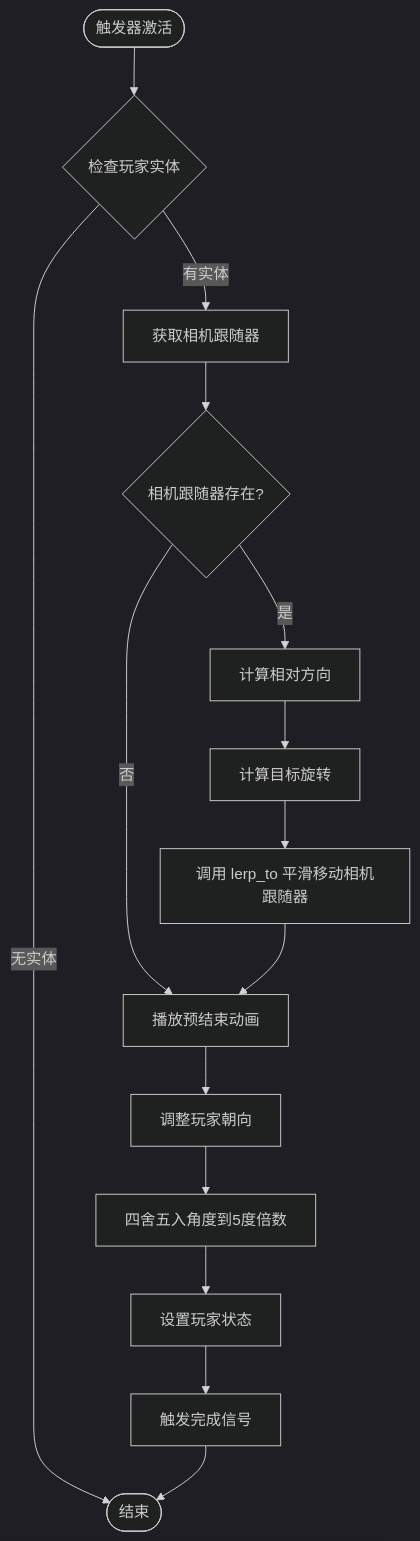
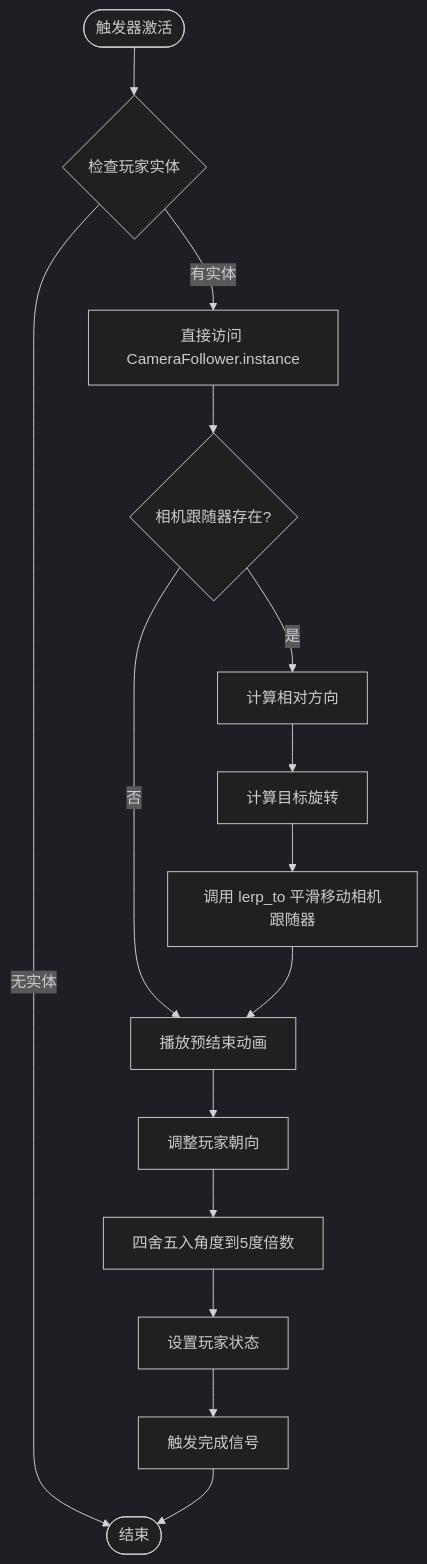
The fourth of 6 diagrams in .qoder/repowiki/zh/content/游戏系统/触发器系统/预结束触发器.md (godotline/godot-line), drawn with Mermaid (dark theme) before and after one commit. The commit also changed other lines of this file and 13 other files, not shown here.

````diff
--- a/.qoder/repowiki/zh/content/游戏系统/触发器系统/预结束触发器.md
+++ b/.qoder/repowiki/zh/content/游戏系统/触发器系统/预结束触发器.md
@@ -217,17 +199,17 @@
 ```mermaid
 flowchart TD
 Start([触发器激活]) --> CheckBody{检查玩家实体}
 CheckBody --> |无实体| End([结束])
-CheckBody --> |有实体| GetCamera["获取相机跟随器"]
+CheckBody --> |有实体| GetCamera["直接访问 CameraFollower.instance"]
 GetCamera --> HasCamera{相机跟随器存在?}
 HasCamera --> |否| PlayAnim["播放预结束动画"]
 HasCamera --> |是| CalcDirection["计算相对方向"]
 CalcDirection --> CalcRotation["计算目标旋转"]
 CalcRotation --> LerpCamera["调用 lerp_to 平滑移动相机跟随器"]
 LerpCamera --> PlayAnim
 PlayAnim --> RotatePlayer["调整玩家朝向"]
 RotatePlayer --> RoundAngle["四舍五入角度到5度倍数"]
 RoundAngle --> SetPlayerState["设置玩家状态"]
 SetPlayerState --> EmitSignal["触发完成信号"]
 EmitSignal --> End
 ```
````
